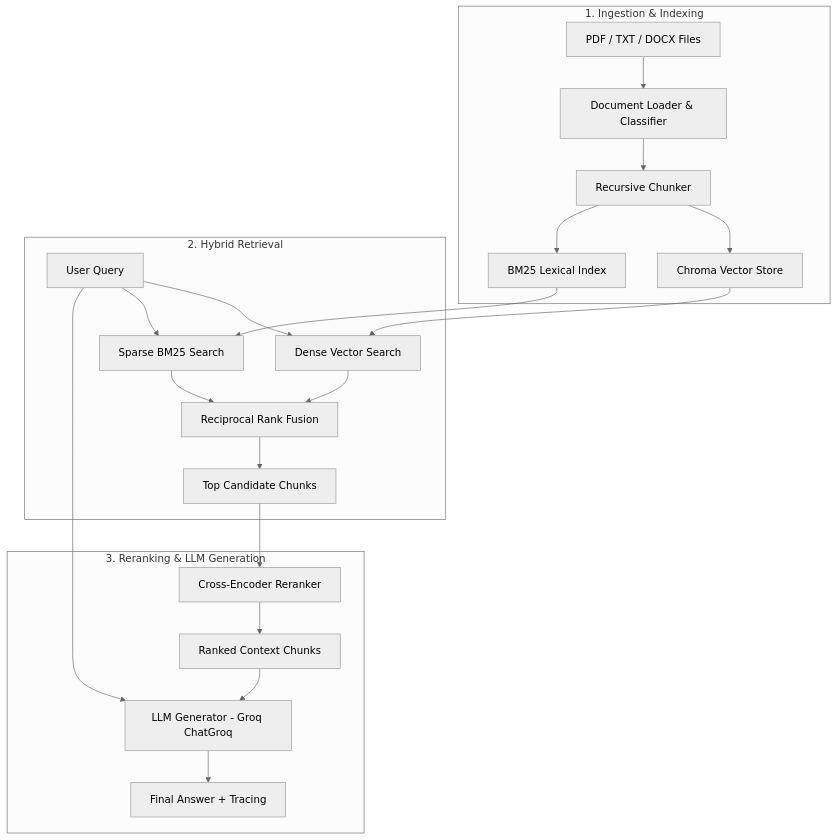
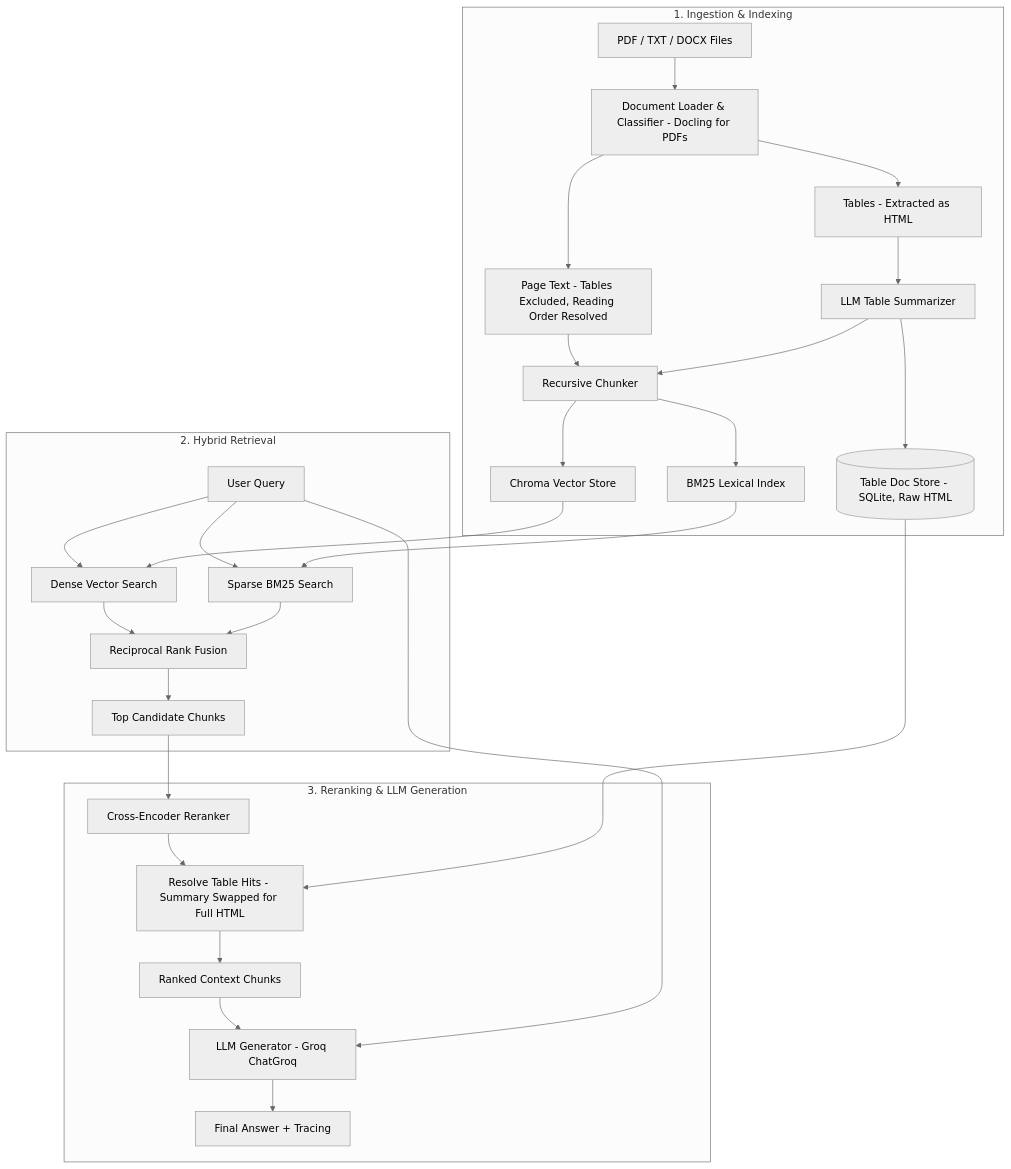
The diagram in README.md (patilshrinivas078/hybrid-search-RAG), drawn with Mermaid (neutral theme) before and after one commit. The commit also changed other lines of this file, not shown here.

Commit message:
Update README with table handling

````diff
--- a/README.md
+++ b/README.md
@@ -31,27 +35,34 @@
 ```mermaid
 flowchart TD
     subgraph Ingestion ["1. Ingestion & Indexing"]
-        Docs[PDF / TXT / DOCX Files] --> Loader[Document Loader & Classifier]
-        Loader --> Chunker[Recursive Chunker]
+        Docs[PDF / TXT / DOCX Files] --> Loader[Document Loader & Classifier - Docling for PDFs]
+        Loader --> TextPath[Page Text - Tables Excluded, Reading Order Resolved]
+        Loader --> TablePath[Tables - Extracted as HTML]
+        TablePath --> Summarizer[LLM Table Summarizer]
+        Summarizer --> TableStore[(Table Doc Store - SQLite, Raw HTML)]
+        TextPath --> Chunker[Recursive Chunker]
+        Summarizer --> Chunker
         Chunker --> VectorStore[Chroma Vector Store]
         Chunker --> BM25Index[BM25 Lexical Index]
     end
 
     subgraph Retrieval ["2. Hybrid Retrieval"]
         Query[User Query] --> Dense[Dense Vector Search]
         Query --> Sparse[Sparse BM25 Search]
         VectorStore --> Dense
         BM25Index --> Sparse
         Dense --> RRF[Reciprocal Rank Fusion]
         Sparse --> RRF
         RRF --> Candidates[Top Candidate Chunks]
     end
 
     subgraph Reranking ["3. Reranking & LLM Generation"]
         Candidates --> Reranker[Cross-Encoder Reranker]
-        Reranker --> TopChunks[Ranked Context Chunks]
+        Reranker --> Resolve[Resolve Table Hits - Summary Swapped for Full HTML]
+        TableStore --> Resolve
+        Resolve --> TopChunks[Ranked Context Chunks]
         TopChunks --> LLM[LLM Generator - Groq ChatGroq]
         Query --> LLM
         LLM --> Response[Final Answer + Tracing]
     end
 ```
````
